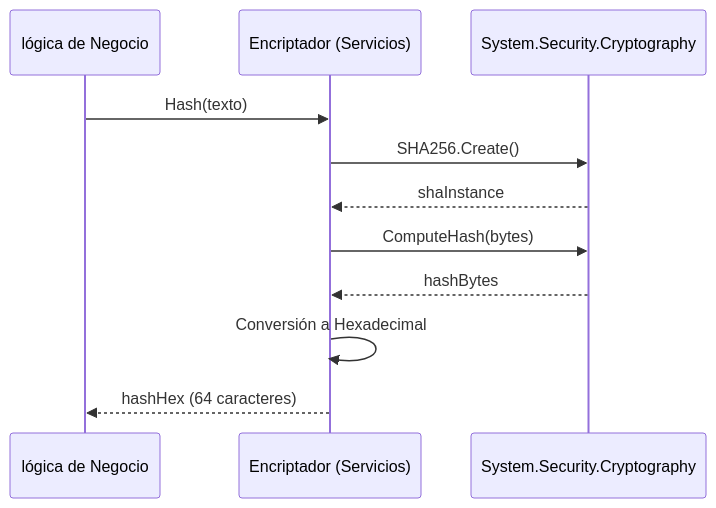
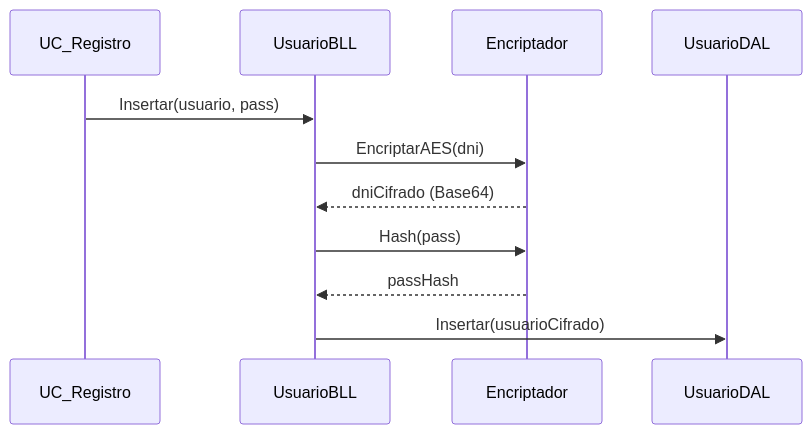
One commit to condenl/Trabajo-Practico-Final changed diagram 12 of 16 in Documentacion/Carpeta_Documentacion.md. Above: the diagram before and after it, drawn with Mermaid. The commit also changed other lines of this file and 7 other files, not shown here.

````diff
--- a/Documentacion/Carpeta_Documentacion.md
+++ b/Documentacion/Carpeta_Documentacion.md
@@ -2461,14 +2491,14 @@
 ```mermaid
 sequenceDiagram
-    participant BLL as lógica de Negocio
-    participant Enc as Encriptador (Servicios)
-    participant Lib as System.Security.Cryptography
+    participant UI as UC_Registro
+    participant BLL as UsuarioBLL
+    participant Enc as Encriptador
+    participant DAL as UsuarioDAL
 
-    BLL->>Enc: Hash(texto)
-    Enc->>Lib: SHA256.Create()
-    Lib-->>Enc: shaInstance
-    Enc->>Lib: ComputeHash(bytes)
-    Lib-->>Enc: hashBytes
-    Enc->>Enc: Conversión a Hexadecimal
-    Enc-->>BLL: hashHex (64 caracteres)
+    UI->>BLL: Insertar(usuario, pass)
+    BLL->>Enc: EncriptarAES(dni)
+    Enc-->>BLL: dniCifrado (Base64)
+    BLL->>Enc: Hash(pass)
+    Enc-->>BLL: passHash
+    BLL->>DAL: Insertar(usuarioCifrado)
 ```
````
